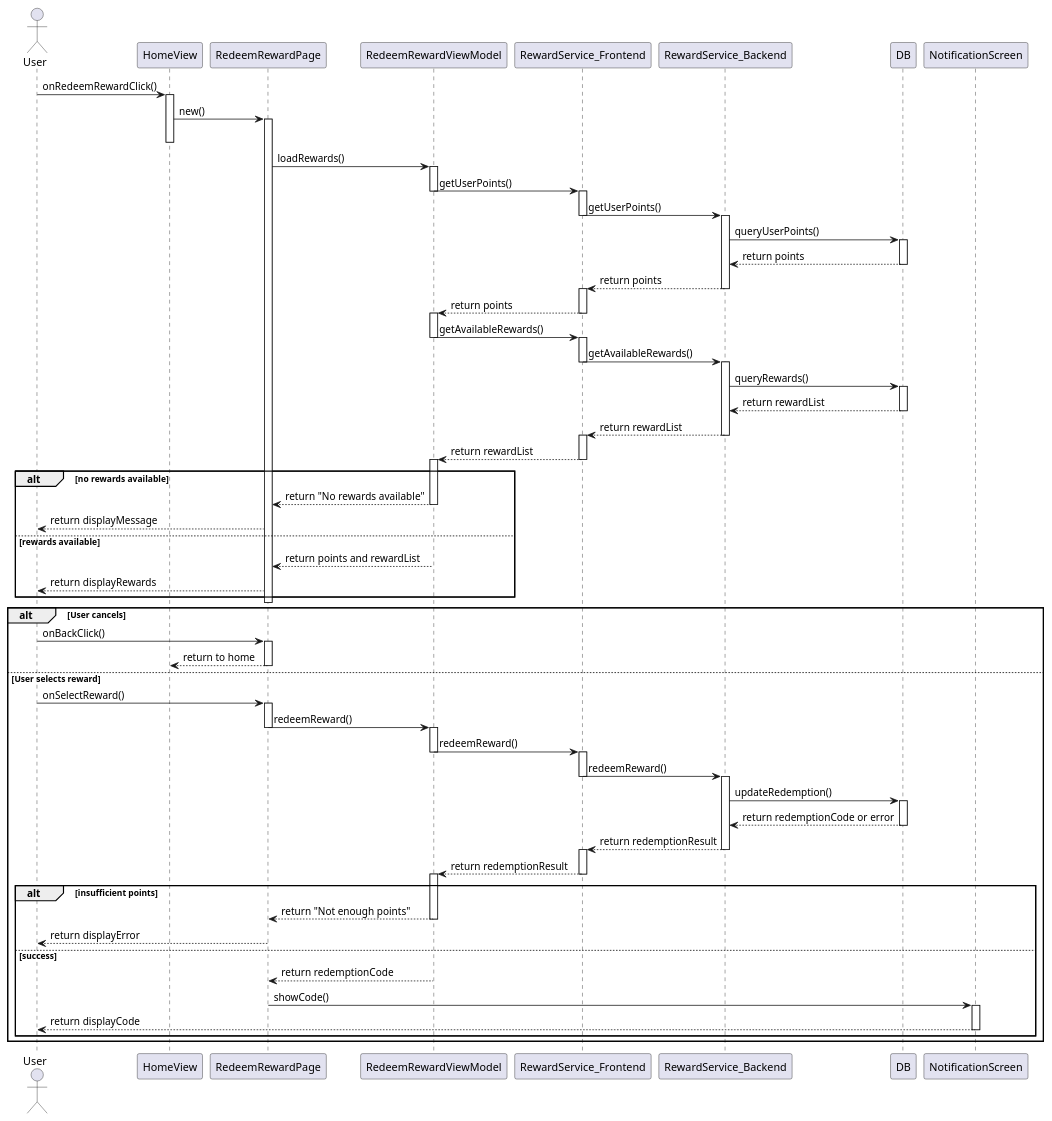
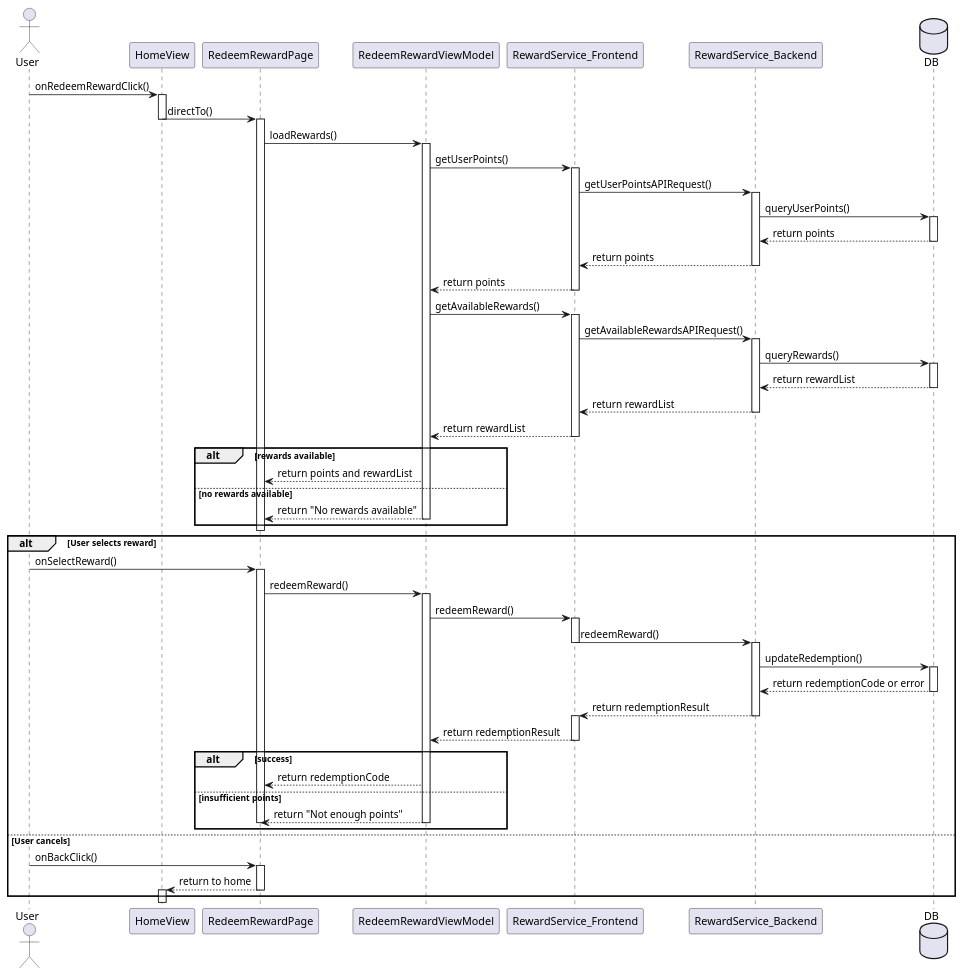
One commit to YannisRavasopoulos/ProjectSD_S6 changed the diagram in reports/sequence/redeem-reward.plantuml. Above: the diagram before and after it, drawn with PlantUML. The commit also changed 3 other files, not shown here.

Commit message:
Updated versions of Accept and Confirm pickup, Rate user and redeem reward sequence

```diff
--- a/reports/sequence/redeem-reward.plantuml
+++ b/reports/sequence/redeem-reward.plantuml
@@ -1,116 +1,122 @@
 @startuml
 actor User
 
 participant HomeView
 participant RedeemRewardPage
 participant RedeemRewardViewModel
 participant RewardService_Frontend
 participant RewardService_Backend
-participant DB
-participant NotificationScreen
+database DB
 
 
-User -> HomeView                           : onRedeemRewardClick()
+User -> HomeView : onRedeemRewardClick()
 activate HomeView
-HomeView -> RedeemRewardPage               : new()
+HomeView -> RedeemRewardPage : directTo()
+deactivate HomeView
 activate RedeemRewardPage
-deactivate HomeView
 
 
-RedeemRewardPage -> RedeemRewardViewModel   : loadRewards()
+
+RedeemRewardPage -> RedeemRewardViewModel : loadRewards()
 activate RedeemRewardViewModel
 
 RedeemRewardViewModel -> RewardService_Frontend : getUserPoints()
-deactivate RedeemRewardViewModel
+
 activate RewardService_Frontend
-RewardService_Frontend -> RewardService_Backend : getUserPoints()
-deactivate RewardService_Frontend
+RewardService_Frontend -> RewardService_Backend : getUserPointsAPIRequest()
+
 activate RewardService_Backend
-RewardService_Backend -> DB                   : queryUserPoints()
+RewardService_Backend -> DB : queryUserPoints()
 activate DB
-DB --> RewardService_Backend                  : return points
+DB --> RewardService_Backend : return points
 deactivate DB
 RewardService_Backend --> RewardService_Frontend : return points
 deactivate RewardService_Backend
-activate RewardService_Frontend
-RewardService_Frontend --> RedeemRewardViewModel  : return points
+
+RewardService_Frontend --> RedeemRewardViewModel : return points
 deactivate RewardService_Frontend
 
-activate RedeemRewardViewModel
+
 RedeemRewardViewModel -> RewardService_Frontend : getAvailableRewards()
-deactivate RedeemRewardViewModel
+
 activate RewardService_Frontend
-RewardService_Frontend -> RewardService_Backend : getAvailableRewards()
-deactivate RewardService_Frontend
+RewardService_Frontend -> RewardService_Backend : getAvailableRewardsAPIRequest()
+
 activate RewardService_Backend
-RewardService_Backend -> DB                   : queryRewards()
+RewardService_Backend -> DB : queryRewards()
 activate DB
-DB --> RewardService_Backend                  : return rewardList
+DB --> RewardService_Backend : return rewardList
 deactivate DB
 RewardService_Backend --> RewardService_Frontend : return rewardList
 deactivate RewardService_Backend
-activate RewardService_Frontend
-RewardService_Frontend --> RedeemRewardViewModel  : return rewardList
+
+RewardService_Frontend --> RedeemRewardViewModel : return rewardList
 deactivate RewardService_Frontend
 
-activate RedeemRewardViewModel
-alt no rewards available
+
+
+alt rewards available
+    RedeemRewardViewModel --> RedeemRewardPage : return points and rewardList
+   
+else no rewards available
     RedeemRewardViewModel --> RedeemRewardPage : return "No rewards available"
-    deactivate RedeemRewardViewModel
-    RedeemRewardPage --> User                  : return displayMessage
-else rewards available
-    RedeemRewardViewModel --> RedeemRewardPage  : return points and rewardList
-    deactivate RedeemRewardViewModel
-    RedeemRewardPage --> User                   : return displayRewards
+     deactivate RedeemRewardViewModel
+  
+
+    
 end
 deactivate RedeemRewardPage
 
 
-alt User cancels
-    User -> RedeemRewardPage   : onBackClick()
-    activate RedeemRewardPage
-    RedeemRewardPage --> HomeView : return to home
-    deactivate RedeemRewardPage
-
-else User selects reward
-    User -> RedeemRewardPage   : onSelectReward()
+alt User selects reward
+    User -> RedeemRewardPage : onSelectReward()
     activate RedeemRewardPage
     RedeemRewardPage -> RedeemRewardViewModel : redeemReward()
-    deactivate RedeemRewardPage
+    
 
     activate RedeemRewardViewModel
     RedeemRewardViewModel -> RewardService_Frontend : redeemReward()
-    deactivate RedeemRewardViewModel
+    
 
     activate RewardService_Frontend
     RewardService_Frontend -> RewardService_Backend : redeemReward()
     deactivate RewardService_Frontend
 
     activate RewardService_Backend
-    RewardService_Backend -> DB                   : updateRedemption()
+    RewardService_Backend -> DB : updateRedemption()
     activate DB
-    DB --> RewardService_Backend                  : return redemptionCode or error
+    DB --> RewardService_Backend : return redemptionCode or error
     deactivate DB
     RewardService_Backend --> RewardService_Frontend : return redemptionResult
     deactivate RewardService_Backend
 
     activate RewardService_Frontend
-    RewardService_Frontend --> RedeemRewardViewModel  : return redemptionResult
+    RewardService_Frontend --> RedeemRewardViewModel : return redemptionResult
     deactivate RewardService_Frontend
 
-    activate RedeemRewardViewModel
-    alt insufficient points
+    
+
+    
+    alt success
+        RedeemRewardViewModel --> RedeemRewardPage : return redemptionCode
+    
+    else insufficient points
         RedeemRewardViewModel --> RedeemRewardPage : return "Not enough points"
-        deactivate RedeemRewardViewModel
-        RedeemRewardPage --> User                   : return displayError
-    else success
-        RedeemRewardViewModel --> RedeemRewardPage : return redemptionCode
-        deactivate RedeemRewardViewModel
-        RedeemRewardPage -> NotificationScreen     : showCode()
-        activate NotificationScreen
-        NotificationScreen --> User                : return displayCode
-        deactivate NotificationScreen
+            deactivate RedeemRewardViewModel
+            deactivate RedeemRewardPage
     end
-    deactivate RedeemRewardPage
+
+else User cancels
+    User -> RedeemRewardPage : onBackClick()
+    activate RedeemRewardPage
+    
+    RedeemRewardPage --> HomeView : return to home
+deactivate RedeemRewardPage   
+activate HomeView
+    
+    deactivate HomeView
+
+
+ 
 end
 @enduml
```
